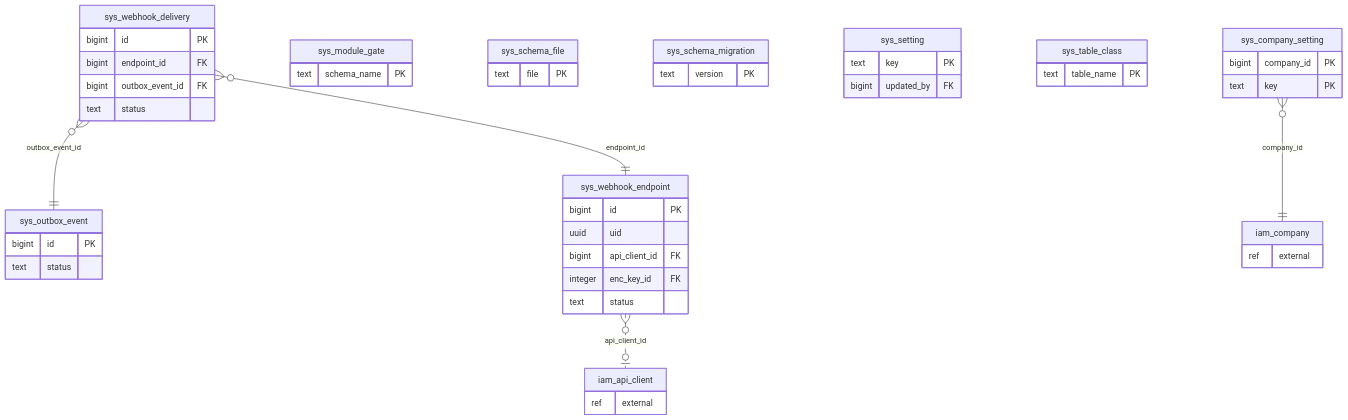
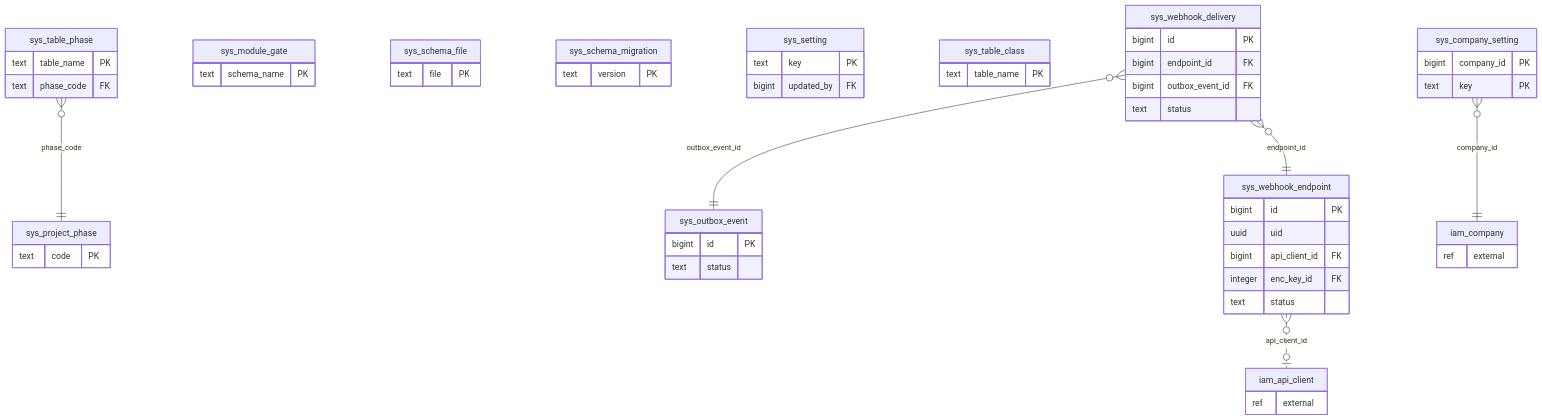
One commit to thawrasy/smartlines changed the fourth of 25 diagrams in db/ERD.md. Above: the diagram before and after it, drawn with Mermaid. The commit also changed 16 other files, not shown here.

First line of the commit message:
Divide the design and the database by project phase

````diff
--- a/db/ERD.md
+++ b/db/ERD.md
@@ -553,50 +553,58 @@
 ```mermaid
 erDiagram
   sys_company_setting {
     bigint company_id PK
     text key PK
   }
   sys_module_gate {
     text schema_name PK
   }
   sys_outbox_event {
     bigint id PK
     text status
   }
+  sys_project_phase {
+    text code PK
+  }
   sys_schema_file {
     text file PK
   }
   sys_schema_migration {
     text version PK
   }
   sys_setting {
     text key PK
     bigint updated_by FK
   }
   sys_table_class {
     text table_name PK
+  }
+  sys_table_phase {
+    text table_name PK
+    text phase_code FK
   }
   sys_webhook_delivery {
     bigint id PK
     bigint endpoint_id FK
     bigint outbox_event_id FK
     text status
   }
   sys_webhook_endpoint {
     bigint id PK
     uuid uid
     bigint api_client_id FK
     integer enc_key_id FK
     text status
   }
   iam_api_client {
     ref external
   }
   iam_company {
     ref external
   }
   sys_webhook_endpoint }o..o| iam_api_client : "api_client_id"
   sys_company_setting }o--|| iam_company : "company_id"
   sys_webhook_delivery }o--|| sys_outbox_event : "outbox_event_id"
+  sys_table_phase }o--|| sys_project_phase : "phase_code"
   sys_webhook_delivery }o--|| sys_webhook_endpoint : "endpoint_id"
 ```
````
